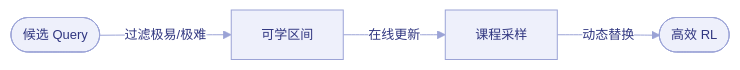
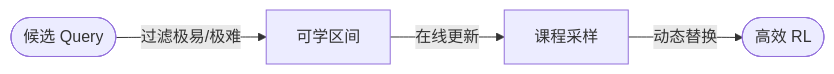
Before and after one commit to XavierZhang2002/agentic-rl-analysis: the fifth of 8 diagrams in docs/post-training/ch2/2.9-data-engineering.md, drawn with Mermaid. The commit also changed other lines of this file and 3 other files, not shown here.

First line of the commit message:
feat: 自定义 Mermaid 集成，绕过 Material CSS 覆盖

````diff
--- a/docs/post-training/ch2/2.9-data-engineering.md
+++ b/docs/post-training/ch2/2.9-data-engineering.md
@@ -201,5 +197,4 @@
 ```mermaid
-%%{init: {'theme': 'base', 'themeVariables': {'primaryColor': '#eef0fb', 'primaryTextColor': '#303680', 'primaryBorderColor': '#9ba3d6', 'lineColor': '#9ba3d6', 'secondaryColor': '#f8f8fc', 'tertiaryColor': '#ffffff', 'tertiaryBorderColor': '#d8dbe8', 'clusterBkg': '#ffffff', 'clusterBorder': '#d8dbe8', 'edgeLabelBackground': '#ffffff', 'fontFamily': 'Noto Sans SC, sans-serif', 'fontSize': '13px'}}}%%
 flowchart LR
     All(["候选 Query"]) -->|"过滤极易/极难"| Mid["可学区间"] -->|"在线更新"| Curr["课程采样"] -->|"动态替换"| Eff([高效 RL])
 ```
````
